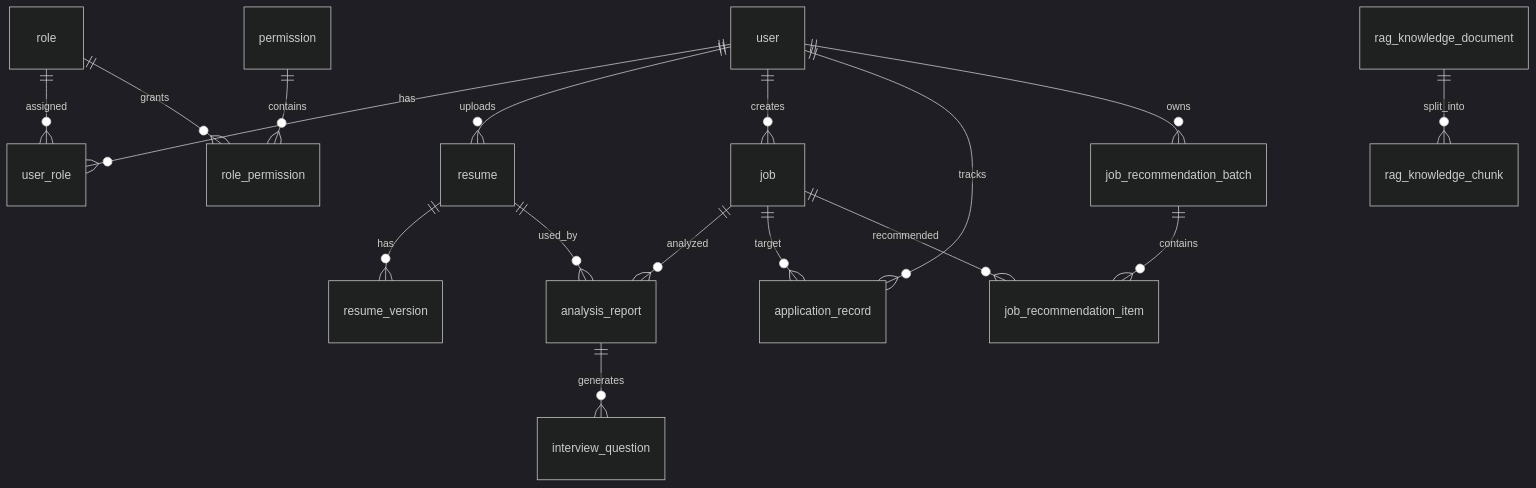
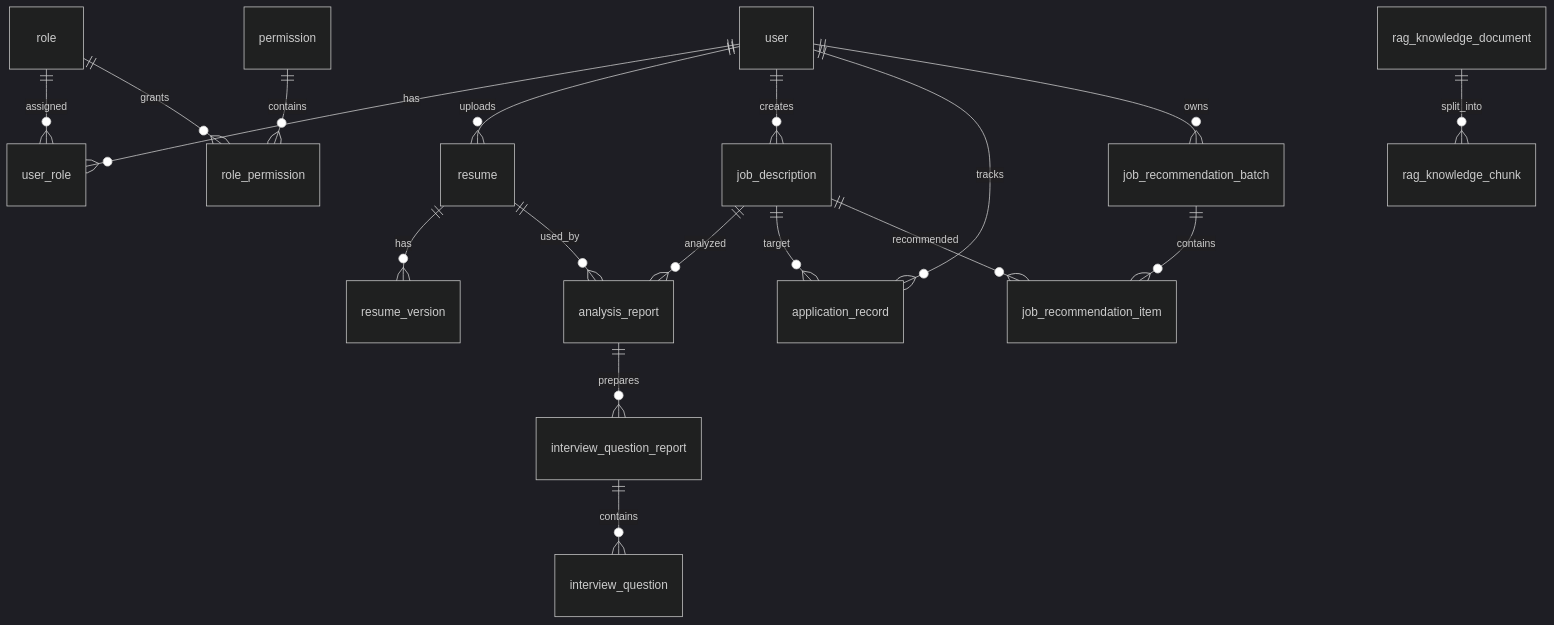
One commit to wan719/intern-pilot changed the fourth of 4 diagrams in README.md. Above: the diagram before and after it, drawn with Mermaid (dark theme). The commit also changed other lines of this file and 2 other files, not shown here.

````diff
--- a/README.md
+++ b/README.md
@@ -389,19 +385,20 @@
 ```mermaid
 erDiagram
     user ||--o{ user_role : has
     role ||--o{ user_role : assigned
     role ||--o{ role_permission : grants
     permission ||--o{ role_permission : contains
     user ||--o{ resume : uploads
     resume ||--o{ resume_version : has
-    user ||--o{ job : creates
-    job ||--o{ analysis_report : analyzed
+    user ||--o{ job_description : creates
+    job_description ||--o{ analysis_report : analyzed
     resume ||--o{ analysis_report : used_by
     user ||--o{ application_record : tracks
-    job ||--o{ application_record : target
+    job_description ||--o{ application_record : target
     user ||--o{ job_recommendation_batch : owns
     job_recommendation_batch ||--o{ job_recommendation_item : contains
-    job ||--o{ job_recommendation_item : recommended
-    analysis_report ||--o{ interview_question : generates
+    job_description ||--o{ job_recommendation_item : recommended
+    analysis_report ||--o{ interview_question_report : prepares
+    interview_question_report ||--o{ interview_question : contains
     rag_knowledge_document ||--o{ rag_knowledge_chunk : split_into
 ```
````
